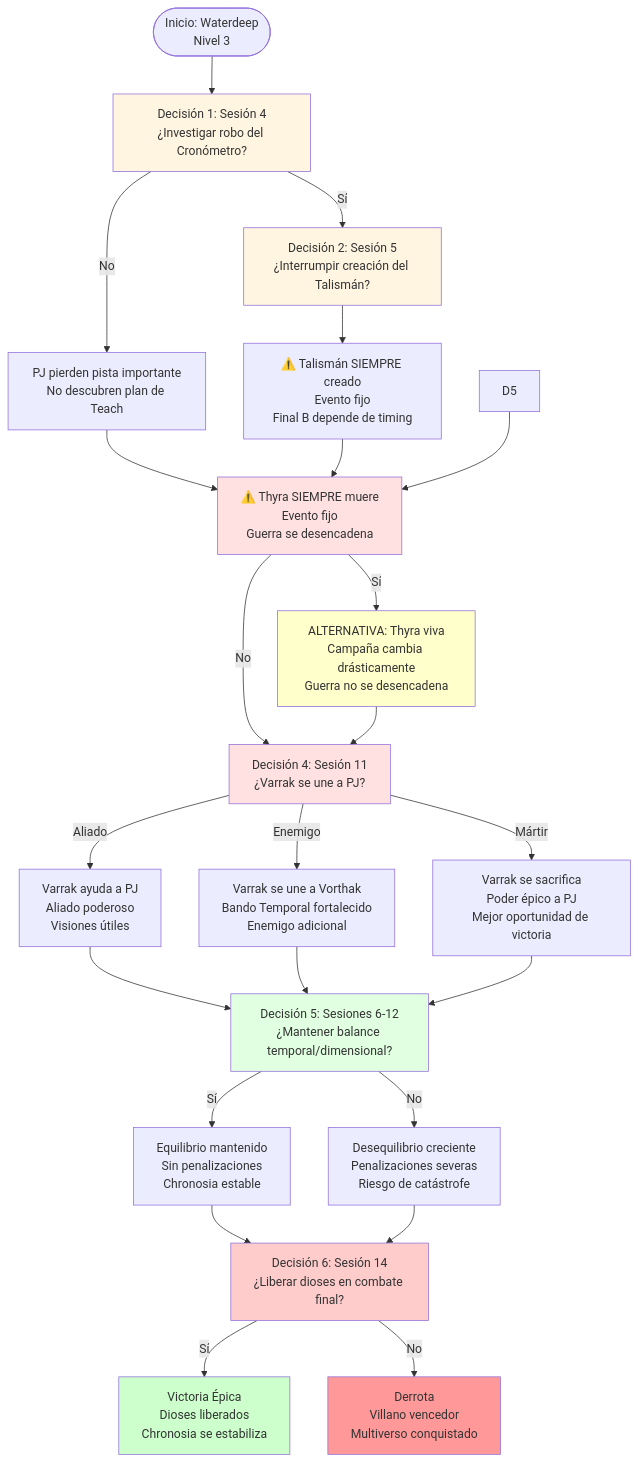
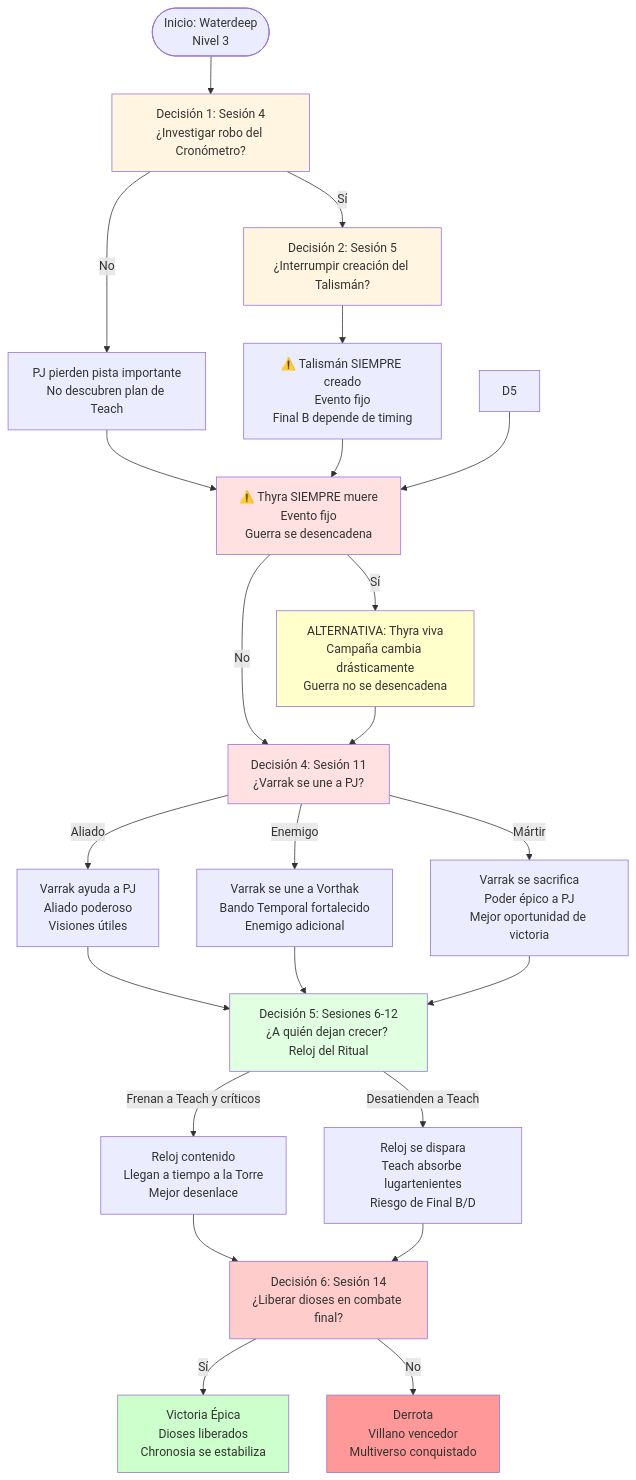
The diagram in Chronosia_Campana_Profesional/00_Esquemas/04_Decisiones_Criticas.md (asantolaria/dnd-campaign-chronosia), drawn with Mermaid before and after one commit. The commit also changed other lines of this file and 60 other files, not shown here.

First line of the commit message:
Rediseño v2: sandbox con reloj único y clímax en la Torre

````diff
--- a/Chronosia_Campana_Profesional/00_Esquemas/04_Decisiones_Criticas.md
+++ b/Chronosia_Campana_Profesional/00_Esquemas/04_Decisiones_Criticas.md
@@ -18,45 +18,45 @@
 ```mermaid
 flowchart TD
     START([Inicio: Waterdeep<br/>Nivel 3]) --> D1[Decisión 1: Sesión 4<br/>¿Investigar robo del Cronómetro?]
     
     D1 -->|Sí| D2[Decisión 2: Sesión 5<br/>¿Interrumpir creación del Talismán?]
     D1 -->|No| D3[PJ pierden pista importante<br/>No descubren plan de Teach]
     
     D2 --> D4[⚠️ Talismán SIEMPRE creado<br/>Evento fijo<br/>Final B depende de timing]
     
     D3 --> D6[⚠️ Thyra SIEMPRE muere<br/>Evento fijo<br/>Guerra se desencadena]
     D4 --> D6
     D5 --> D6
     
     D6 -->|Sí| ALT[ALTERNATIVA: Thyra viva<br/>Campaña cambia drásticamente<br/>Guerra no se desencadena]
     D6 -->|No| D7[Decisión 4: Sesión 11<br/>¿Varrak se une a PJ?]
     
     ALT --> D7
     
     D7 -->|Aliado| D8[Varrak ayuda a PJ<br/>Aliado poderoso<br/>Visiones útiles]
     D7 -->|Enemigo| D9[Varrak se une a Vorthak<br/>Bando Temporal fortalecido<br/>Enemigo adicional]
     D7 -->|Mártir| D10[Varrak se sacrifica<br/>Poder épico a PJ<br/>Mejor oportunidad de victoria]
     
-    D8 --> D11[Decisión 5: Sesiones 6-12<br/>¿Mantener balance temporal/dimensional?]
+    D8 --> D11[Decisión 5: Sesiones 6-12<br/>¿A quién dejan crecer? Reloj del Ritual]
     D9 --> D11
     D10 --> D11
     
-    D11 -->|Sí| D12[Equilibrio mantenido<br/>Sin penalizaciones<br/>Chronosia estable]
-    D11 -->|No| D13[Desequilibrio creciente<br/>Penalizaciones severas<br/>Riesgo de catástrofe]
+    D11 -->|Frenan a Teach y críticos| D12[Reloj contenido<br/>Llegan a tiempo a la Torre<br/>Mejor desenlace]
+    D11 -->|Desatienden a Teach| D13[Reloj se dispara<br/>Teach absorbe lugartenientes<br/>Riesgo de Final B/D]
     
     D12 --> D14[Decisión 6: Sesión 14<br/>¿Liberar dioses en combate final?]
     D13 --> D14
     
     D14 -->|Sí| VICTORIA[Victoria Épica<br/>Dioses liberados<br/>Chronosia se estabiliza]
     D14 -->|No| DERROTA[Derrota<br/>Villano vencedor<br/>Multiverso conquistado]
     
     style D1 fill:#fff5e1
     style D2 fill:#fff5e1
     style D6 fill:#ffe1e1
     style D7 fill:#ffe1e1
     style D11 fill:#e1ffe1
     style D14 fill:#ffcccc
     style VICTORIA fill:#ccffcc
     style DERROTA fill:#ff9999
     style ALT fill:#ffffcc
 ```
````
